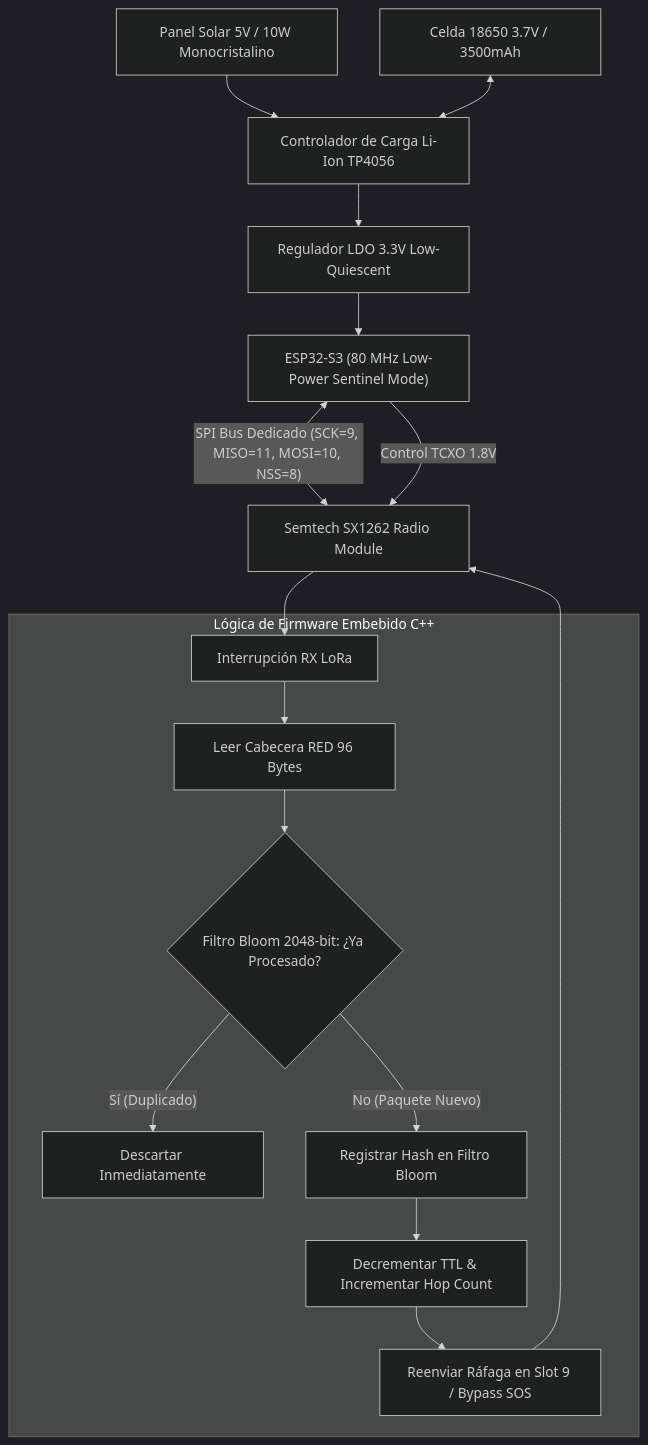
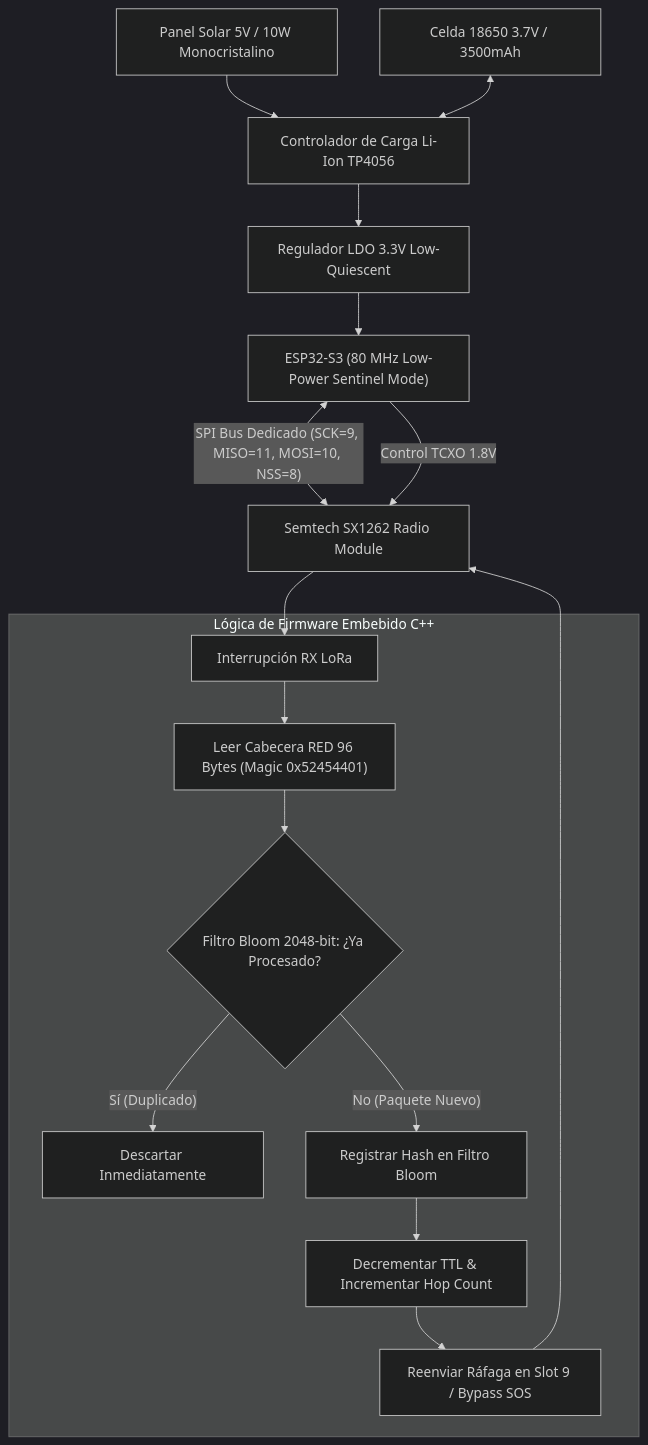
Before and after one commit to DarckRovert/RED: the ninth of 9 diagrams in ARCHITECTURE.md, drawn with Mermaid (dark theme). The commit also changed other lines of this file and 15 other files, not shown here.

````diff
--- a/ARCHITECTURE.md
+++ b/ARCHITECTURE.md
@@ -336,22 +397,22 @@
 ```mermaid
 graph TD
     SOLAR["Panel Solar 5V / 10W Monocristalino"] --> TP4056["Controlador de Carga Li-Ion TP4056"]
     BATT["Celda 18650 3.7V / 3500mAh"] <--> TP4056
     TP4056 --> REG["Regulador LDO 3.3V Low-Quiescent"]
     
     REG --> MCU["ESP32-S3 (80 MHz Low-Power Sentinel Mode)"]
     MCU <-->|"SPI Bus Dedicado (SCK=9, MISO=11, MOSI=10, NSS=8)"| SX1262["Semtech SX1262 Radio Module"]
     MCU -->|"Control TCXO 1.8V"| SX1262
     
     subgraph REPEATER_LOGIC ["Lógica de Firmware Embebido C++"]
-        RX_IRQ["Interrupción RX LoRa"] --> READ_HEADER["Leer Cabecera RED 96 Bytes"]
+        RX_IRQ["Interrupción RX LoRa"] --> READ_HEADER["Leer Cabecera RED 96 Bytes (Magic 0x52454401)"]
         READ_HEADER --> BLOOM_CHECK{"Filtro Bloom 2048-bit: ¿Ya Procesado?"}
         BLOOM_CHECK -- "Sí (Duplicado)" --> DROP["Descartar Inmediatamente"]
         BLOOM_CHECK -- "No (Paquete Nuevo)" --> INSERT_BLOOM["Registrar Hash en Filtro Bloom"]
         INSERT_BLOOM --> DEC_TTL["Decrementar TTL & Incrementar Hop Count"]
         DEC_TTL --> TX_RELAY["Reenviar Ráfaga en Slot 9 / Bypass SOS"]
     end
 
     SX1262 --> RX_IRQ
     TX_RELAY --> SX1262
 ```
````
